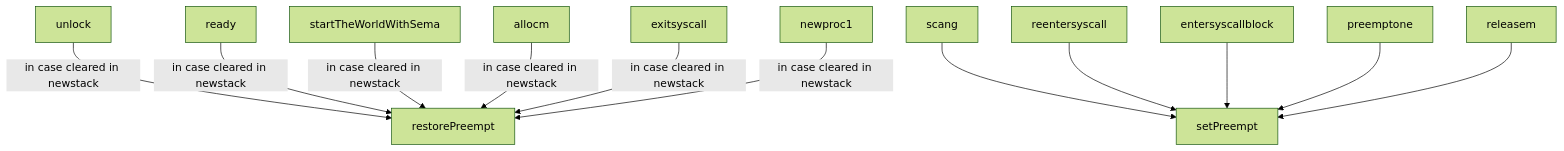
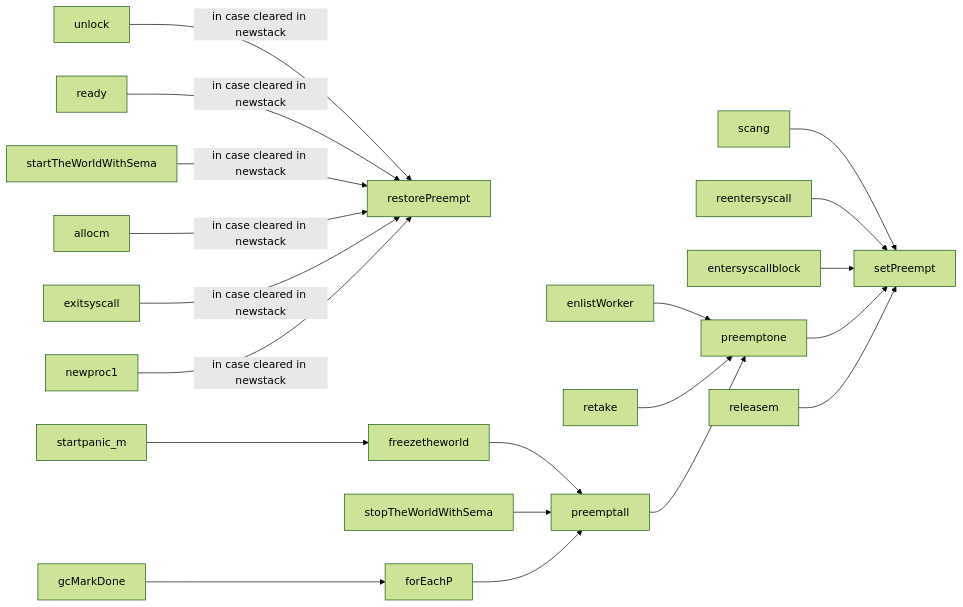
One commit to cch123/golang-notes changed diagram 15 of 15 in scheduler.md. Above: the diagram before and after it, drawn with Mermaid (forest theme). The commit also changed other lines of this file, not shown here.

Commit message:
finish sch

````diff
--- a/scheduler.md
+++ b/scheduler.md
@@ -2318,15 +2318,24 @@
 ```mermaid
-graph TD
+graph LR
 
 unlock --> |in case cleared in newstack|restorePreempt
 ready --> |in case cleared in newstack|restorePreempt
 scang --> setPreempt
 startTheWorldWithSema --> |in case cleared in newstack|restorePreempt
 allocm --> |in case cleared in newstack|restorePreempt
 reentersyscall --> setPreempt
 entersyscallblock --> setPreempt
 exitsyscall --> |in case cleared in newstack|restorePreempt
 newproc1--> |in case cleared in newstack|restorePreempt
 preemptone--> setPreempt
 releasem --> setPreempt
+
+enlistWorker --> preemptone
+retake --> preemptone
+preemptall --> preemptone
+freezetheworld --> preemptall
+stopTheWorldWithSema --> preemptall
+forEachP --> preemptall
+startpanic_m --> freezetheworld
+gcMarkDone --> forEachP
 ```
````
